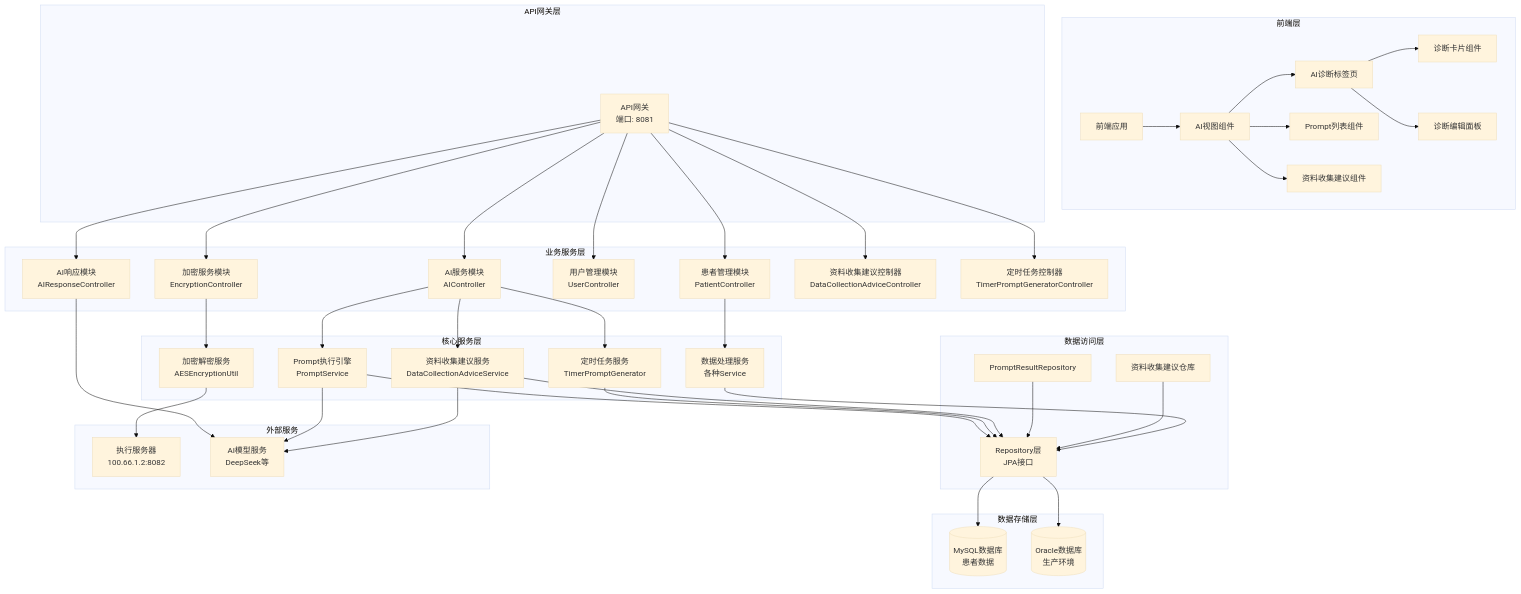
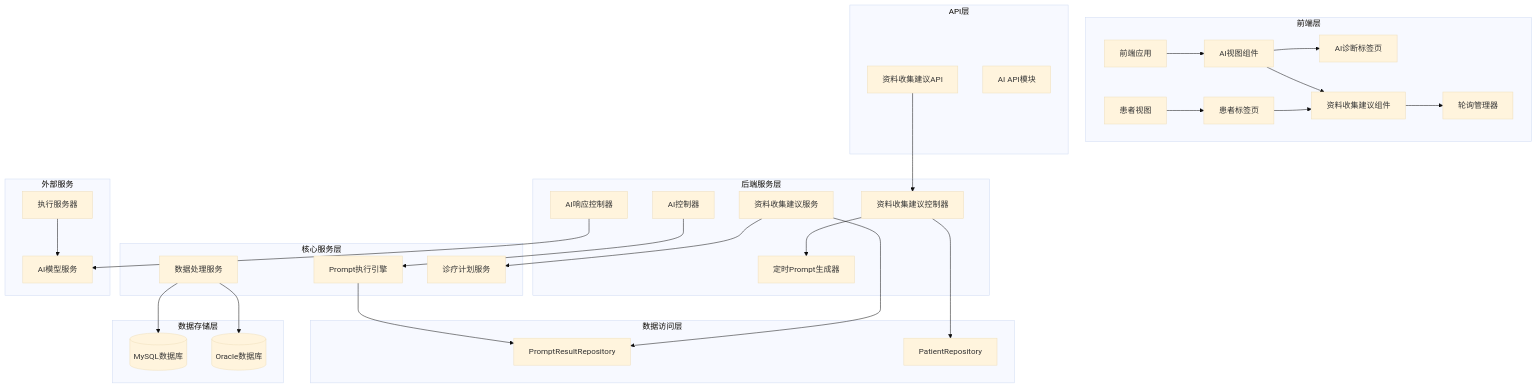
Before and after one commit to liuzh2008/med_ai_assistant_workspace: the first of 8 diagrams in .qoder/repowiki/zh/content/核心功能模块/AI诊断辅助系统.md, drawn with Mermaid (base theme). The commit also changed other lines of this file and 5 other files, not shown here.

````diff
--- a/.qoder/repowiki/zh/content/核心功能模块/AI诊断辅助系统.md
+++ b/.qoder/repowiki/zh/content/核心功能模块/AI诊断辅助系统.md
@@ -71,74 +78,57 @@
 ```mermaid
 graph TB
 subgraph "前端层"
 FE[前端应用]
 AIView[AI视图组件]
 AIDiagnosisTab[AI诊断标签页]
-PromptList[Prompt列表组件]
-DiagnosisCard[诊断卡片组件]
-DiagnosisEditPanel[诊断编辑面板]
 DataCollectionAdvice[资料收集建议组件]
+PatientTabs[患者标签页]
+PatientView[患者视图]
+PollingManager[轮询管理器]
 end
-subgraph "API网关层"
-Gateway[API网关<br/>端口: 8081]
+subgraph "API层"
+DataCollectionAdviceAPI[资料收集建议API]
+AIAPIModule[AI API模块]
 end
-subgraph "业务服务层"
-AI[AI服务模块<br/>AIController]
-AIResp[AI响应模块<br/>AIResponseController]
-Patient[患者管理模块<br/>PatientController]
-User[用户管理模块<br/>UserController]
-Encrypt[加密服务模块<br/>EncryptionController]
-DataCollectionAdviceCtrl[资料收集建议控制器<br/>DataCollectionAdviceController]
-TimerCtrl[定时任务控制器<br/>TimerPromptGeneratorController]
+subgraph "后端服务层"
+DataCollectionAdviceController[资料收集建议控制器]
+DataCollectionAdviceService[资料收集建议服务]
+TimerPromptGenerator[定时Prompt生成器]
+AIController[AI控制器]
+AIResponseController[AI响应控制器]
 end
 subgraph "核心服务层"
-PromptSvc[Prompt执行引擎<br/>PromptService]
-DataSvc[数据处理服务<br/>各种Service]
-EncryptSvc[加密解密服务<br/>AESEncryptionUtil]
-TimerSvc[定时任务服务<br/>TimerPromptGenerator]
-DataCollectionAdviceSvc[资料收集建议服务<br/>DataCollectionAdviceService]
+PromptService[Prompt执行引擎]
+DataSvc[数据处理服务]
+TreatmentPlanService[诊疗计划服务]
 end
 subgraph "数据访问层"
-Repo[Repository层<br/>JPA接口]
-PromptResultRepo[PromptResultRepository]
-DataCollectionAdviceRepo[资料收集建议仓库]
+PromptResultRepository[PromptResultRepository]
+PatientRepository[PatientRepository]
 end
 subgraph "数据存储层"
-MySQL[(MySQL数据库<br/>患者数据)]
-Oracle[(Oracle数据库<br/>生产环境)]
+MySQL[(MySQL数据库)]
+Oracle[(Oracle数据库)]
 end
 subgraph "外部服务"
-ExecutionServer[执行服务器<br/>100.66.1.2:8082]
-AIModel[AI模型服务<br/>DeepSeek等]
+ExecutionServer[执行服务器]
+AIModel[AI模型服务]
 end
 FE --> AIView
 AIView --> AIDiagnosisTab
-AIView --> PromptList
 AIView --> DataCollectionAdvice
-AIDiagnosisTab --> DiagnosisCard
-AIDiagnosisTab --> DiagnosisEditPanel
-Gateway --> AI
-Gateway --> AIResp
-Gateway --> Patient
-Gateway --> User
-Gateway --> Encrypt
-Gateway --> DataCollectionAdviceCtrl
-Gateway --> TimerCtrl
-AI --> PromptSvc
-AI --> TimerSvc
-AIResp --> AIModel
-AI --> DataCollectionAdviceSvc
-Patient --> DataSvc
-Encrypt --> EncryptSvc
-PromptSvc --> Repo
-TimerSvc --> Repo
-DataCollectionAdviceSvc --> Repo
-PromptResultRepo --> Repo
-DataCollectionAdviceRepo --> Repo
-DataSvc --> Repo
-Repo --> MySQL
-Repo --> Oracle
-EncryptSvc --> ExecutionServer
-PromptSvc --> AIModel
-DataCollectionAdviceSvc --> AIModel
+PatientTabs --> DataCollectionAdvice
+PatientView --> PatientTabs
+DataCollectionAdvice --> PollingManager
+DataCollectionAdviceAPI --> DataCollectionAdviceController
+DataCollectionAdviceController --> TimerPromptGenerator
+DataCollectionAdviceController --> PatientRepository
+DataCollectionAdviceService --> PromptResultRepository
+DataCollectionAdviceService --> TreatmentPlanService
+AIController --> PromptService
+AIResponseController --> AIModel
+PromptService --> PromptResultRepository
+DataSvc --> MySQL
+DataSvc --> Oracle
+ExecutionServer --> AIModel
 ```
````
